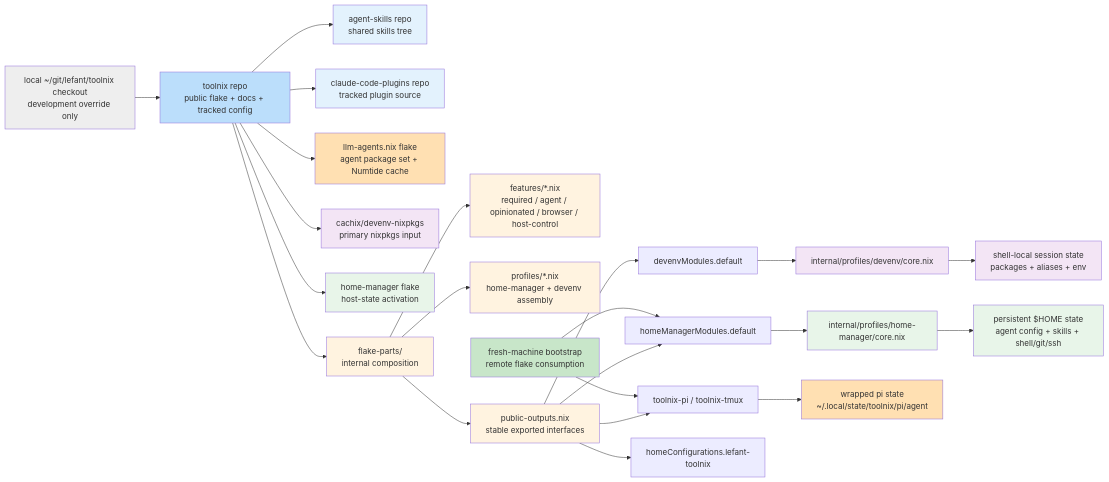
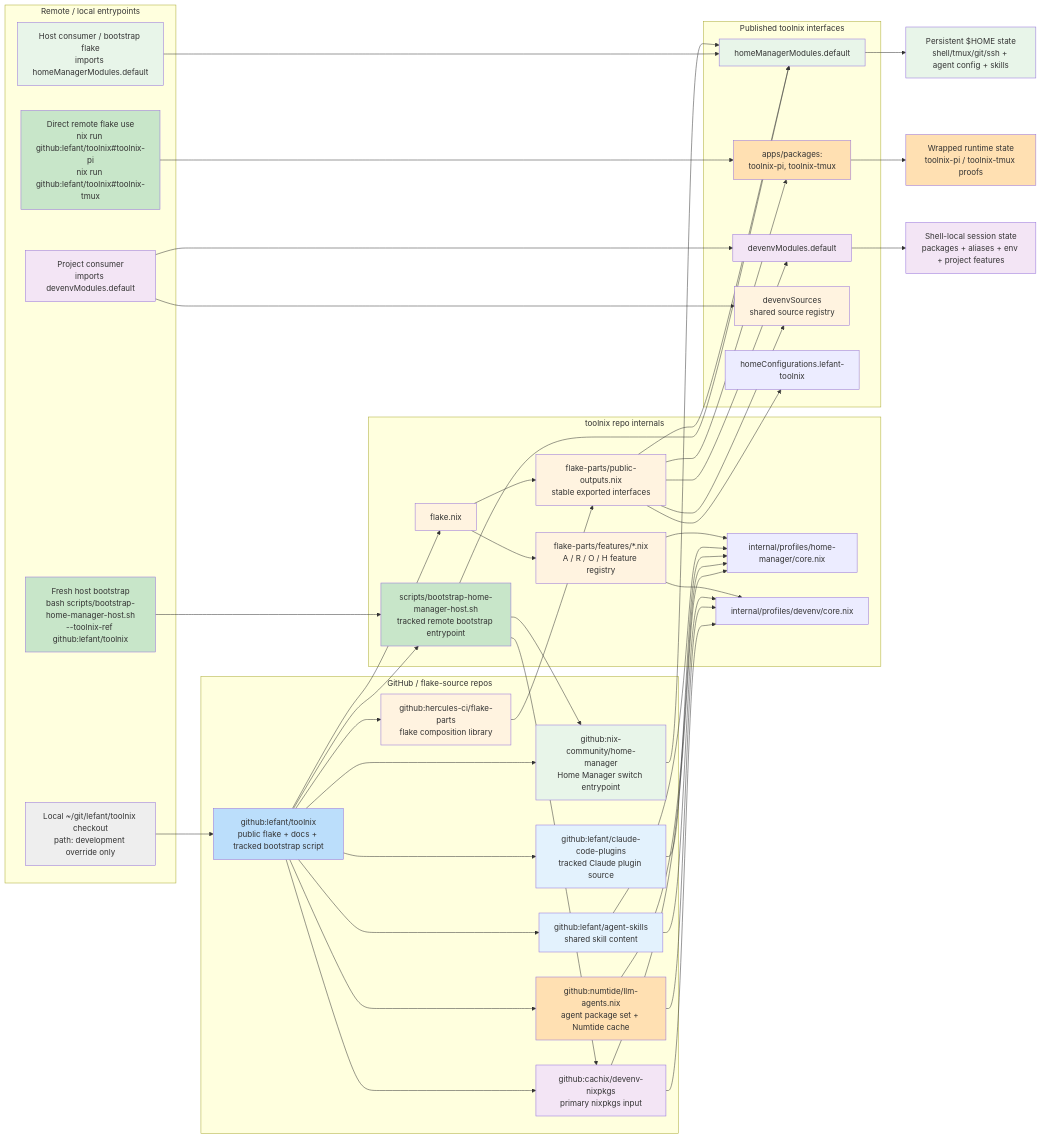
The diagram in docs/reference/architecture.md (lefant/toolnix), drawn with Mermaid before and after one commit. The commit also changed other lines of this file, not shown here.

Commit message:
Refresh architecture graph for remote flake entrypoints

````diff
--- a/docs/reference/architecture.md
+++ b/docs/reference/architecture.md
@@ -19,49 +19,104 @@
 ```mermaid
-graph LR
-    TOOLNIX["toolnix repo<br/>public flake + docs + tracked config"]
+flowchart LR
+    subgraph GITHUB["GitHub / flake-source repos"]
+      TOOLNIX["github:lefant/toolnix<br/>public flake + docs + tracked bootstrap script"]
+      AGENT_SKILLS["github:lefant/agent-skills<br/>shared skill content"]
+      CLAUDE_PLUGINS["github:lefant/claude-code-plugins<br/>tracked Claude plugin source"]
+      LLM_AGENTS["github:numtide/llm-agents.nix<br/>agent package set + Numtide cache"]
+      HOME_MANAGER["github:nix-community/home-manager<br/>Home Manager switch entrypoint"]
+      NIXPKGS["github:cachix/devenv-nixpkgs<br/>primary nixpkgs input"]
+      FLAKE_PARTS_UP["github:hercules-ci/flake-parts<br/>flake composition library"]
+    end
 
-    TOOLNIX --> AGENT_SKILLS["agent-skills repo<br/>shared skills tree"]
-    TOOLNIX --> CLAUDE_PLUGINS["claude-code-plugins repo<br/>tracked plugin source"]
-    TOOLNIX --> LLM_AGENTS["llm-agents.nix flake<br/>agent package set + Numtide cache"]
-    TOOLNIX --> NIXPKGS["cachix/devenv-nixpkgs<br/>primary nixpkgs input"]
-    TOOLNIX --> HOME_MANAGER["home-manager flake<br/>host-state activation"]
+    subgraph TOOLNIX_INTERNAL["toolnix repo internals"]
+      FLAKE["flake.nix"]
+      PUBLIC_OUTPUTS["flake-parts/public-outputs.nix<br/>stable exported interfaces"]
+      FEATURES["flake-parts/features/*.nix<br/>A / R / O / H feature registry"]
+      HM_PROFILE["internal/profiles/home-manager/core.nix"]
+      DEVENV_PROFILE["internal/profiles/devenv/core.nix"]
+      BOOTSTRAP_SCRIPT["scripts/bootstrap-home-manager-host.sh<br/>tracked remote bootstrap entrypoint"]
+    end
 
-    TOOLNIX --> FLAKE_PARTS["flake-parts/\ninternal composition"]
-    FLAKE_PARTS --> FEATURES["features/*.nix<br/>required / agent / opinionated / browser / host-control"]
-    FLAKE_PARTS --> PROFILES["profiles/*.nix<br/>home-manager + devenv assembly"]
-    FLAKE_PARTS --> OUTPUTS["public-outputs.nix<br/>stable exported interfaces"]
+    subgraph PUBLISHED["Published toolnix interfaces"]
+      HM_EXPORT["homeManagerModules.default"]
+      DEVENV_EXPORT["devenvModules.default"]
+      WRAPPED["apps/packages:<br/>toolnix-pi, toolnix-tmux"]
+      SOURCES_EXPORT["devenvSources<br/>shared source registry"]
+      HOST_CFG["homeConfigurations.lefant-toolnix"]
+    end
 
-    OUTPUTS --> HM_EXPORT["homeManagerModules.default"]
-    OUTPUTS --> DEVENV_EXPORT["devenvModules.default"]
-    OUTPUTS --> WRAPPED["toolnix-pi / toolnix-tmux"]
-    OUTPUTS --> HOST_CFG["homeConfigurations.lefant-toolnix"]
+    subgraph CONSUMERS["Remote / local entrypoints"]
+      FRESH_HOST["Fresh host bootstrap<br/>bash scripts/bootstrap-home-manager-host.sh<br/>--toolnix-ref github:lefant/toolnix"]
+      REMOTE_RUN["Direct remote flake use<br/>nix run github:lefant/toolnix#toolnix-pi<br/>nix run github:lefant/toolnix#toolnix-tmux"]
+      PROJECT_CONSUMER["Project consumer<br/>imports devenvModules.default"]
+      HOST_CONSUMER["Host consumer / bootstrap flake<br/>imports homeManagerModules.default"]
+      DEV_OVERRIDE["Local ~/git/lefant/toolnix checkout<br/>path: development override only"]
+    end
 
-    BOOTSTRAP["fresh-machine bootstrap<br/>remote flake consumption"] --> WRAPPED
-    BOOTSTRAP --> HM_EXPORT
-    DEV_CHECKOUT["local ~/git/lefant/toolnix checkout<br/>development override only"] --> TOOLNIX
+    TOOLNIX --> FLAKE
+    TOOLNIX --> BOOTSTRAP_SCRIPT
+    TOOLNIX --> AGENT_SKILLS
+    TOOLNIX --> CLAUDE_PLUGINS
+    TOOLNIX --> LLM_AGENTS
+    TOOLNIX --> HOME_MANAGER
+    TOOLNIX --> NIXPKGS
+    TOOLNIX --> FLAKE_PARTS_UP
 
-    HM_EXPORT --> HM_CORE["internal/profiles/home-manager/core.nix"]
-    DEVENV_EXPORT --> DEVENV_CORE["internal/profiles/devenv/core.nix"]
+    FLAKE --> FEATURES
+    FLAKE --> PUBLIC_OUTPUTS
+    FEATURES --> HM_PROFILE
+    FEATURES --> DEVENV_PROFILE
+    PUBLIC_OUTPUTS --> HM_EXPORT
+    PUBLIC_OUTPUTS --> DEVENV_EXPORT
+    PUBLIC_OUTPUTS --> WRAPPED
+    PUBLIC_OUTPUTS --> SOURCES_EXPORT
+    PUBLIC_OUTPUTS --> HOST_CFG
 
-    HM_CORE --> HOME_STATE["persistent $HOME state<br/>agent config + skills + shell/git/ssh"]
-    DEVENV_CORE --> SHELL_STATE["shell-local session state<br/>packages + aliases + env"]
-    WRAPPED --> PI_WRAPPED["wrapped pi state<br/>~/.local/state/toolnix/pi/agent"]
+    AGENT_SKILLS --> HM_PROFILE
+    AGENT_SKILLS --> DEVENV_PROFILE
+    CLAUDE_PLUGINS --> HM_PROFILE
+    LLM_AGENTS --> HM_PROFILE
+    LLM_AGENTS --> DEVENV_PROFILE
+    NIXPKGS --> HM_PROFILE
+    NIXPKGS --> DEVENV_PROFILE
+    HOME_MANAGER --> HM_EXPORT
+    FLAKE_PARTS_UP --> PUBLIC_OUTPUTS
+
+    FRESH_HOST --> BOOTSTRAP_SCRIPT
+    BOOTSTRAP_SCRIPT --> HM_EXPORT
+    BOOTSTRAP_SCRIPT --> HOME_MANAGER
+    BOOTSTRAP_SCRIPT --> NIXPKGS
+    REMOTE_RUN --> WRAPPED
+    PROJECT_CONSUMER --> DEVENV_EXPORT
+    HOST_CONSUMER --> HM_EXPORT
+    PROJECT_CONSUMER --> SOURCES_EXPORT
+    DEV_OVERRIDE --> TOOLNIX
+
+    HM_EXPORT --> HOME_STATE["Persistent $HOME state<br/>shell/tmux/git/ssh + agent config + skills"]
+    DEVENV_EXPORT --> SHELL_STATE["Shell-local session state<br/>packages + aliases + env + project features"]
+    WRAPPED --> WRAPPED_STATE["Wrapped runtime state<br/>toolnix-pi / toolnix-tmux proofs"]
 
     style TOOLNIX fill:#bbdefb
     style AGENT_SKILLS fill:#e3f2fd
     style CLAUDE_PLUGINS fill:#e3f2fd
     style LLM_AGENTS fill:#ffe0b2
+    style HOME_MANAGER fill:#e8f5e9
     style NIXPKGS fill:#f3e5f5
-    style HOME_MANAGER fill:#e8f5e9
-    style FLAKE_PARTS fill:#fff3e0
+    style FLAKE_PARTS_UP fill:#fff3e0
+    style FLAKE fill:#fff3e0
+    style PUBLIC_OUTPUTS fill:#fff3e0
     style FEATURES fill:#fff3e0
-    style PROFILES fill:#fff3e0
-    style OUTPUTS fill:#fff3e0
-    style BOOTSTRAP fill:#c8e6c9
-    style DEV_CHECKOUT fill:#eeeeee
-    style HM_CORE fill:#e8f5e9
-    style DEVENV_CORE fill:#f3e5f5
+    style BOOTSTRAP_SCRIPT fill:#c8e6c9
+    style HM_EXPORT fill:#e8f5e9
+    style DEVENV_EXPORT fill:#f3e5f5
+    style WRAPPED fill:#ffe0b2
+    style SOURCES_EXPORT fill:#fff3e0
+    style FRESH_HOST fill:#c8e6c9
+    style REMOTE_RUN fill:#c8e6c9
+    style PROJECT_CONSUMER fill:#f3e5f5
+    style HOST_CONSUMER fill:#e8f5e9
+    style DEV_OVERRIDE fill:#eeeeee
     style HOME_STATE fill:#e8f5e9
     style SHELL_STATE fill:#f3e5f5
-    style PI_WRAPPED fill:#ffe0b2
+    style WRAPPED_STATE fill:#ffe0b2
 ```
````
